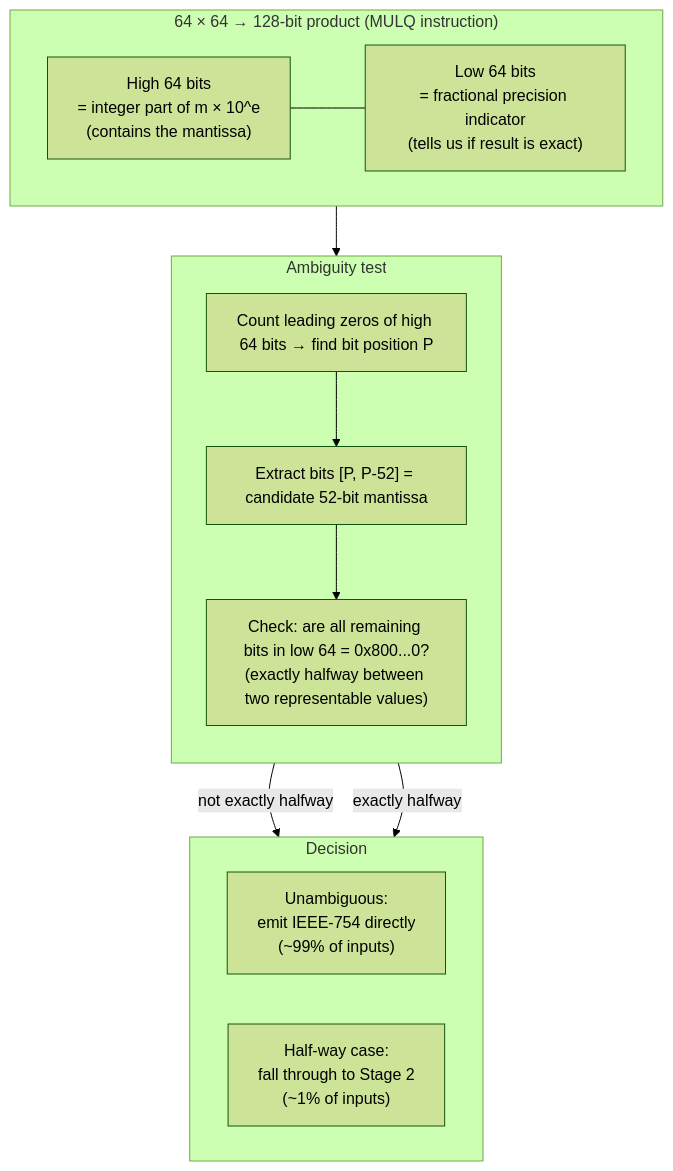
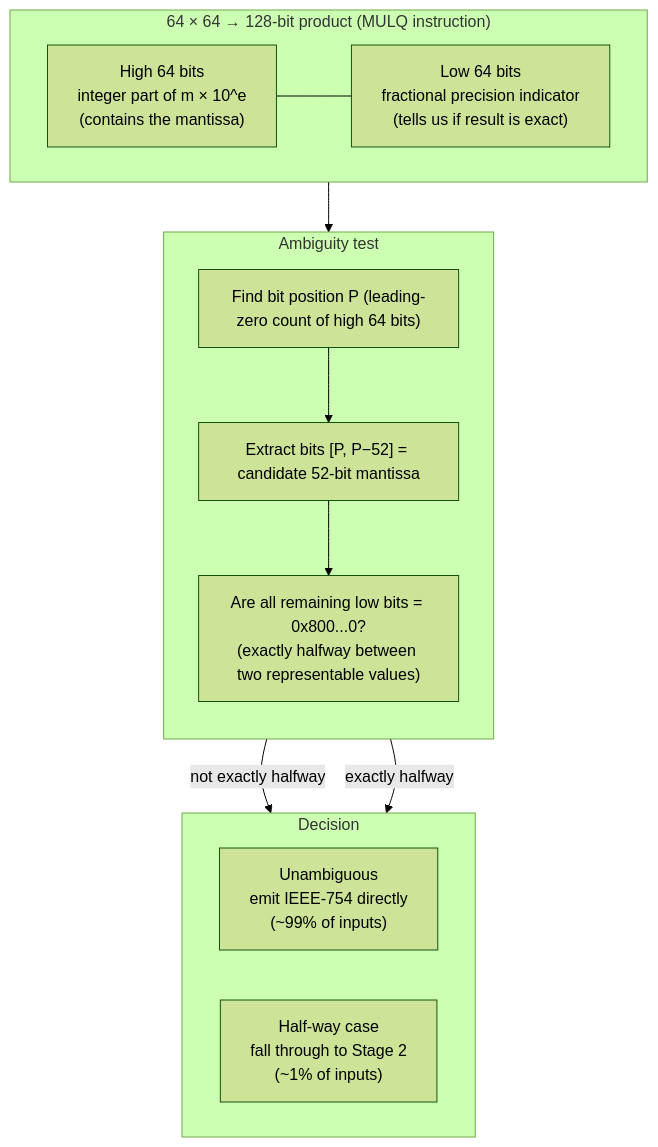
One commit to the-lkb/beast-json changed the fifth of 8 diagrams in docs/theory/russ-cox.md. Above: the diagram before and after it, drawn with Mermaid (forest theme). The commit also changed other lines of this file and 4 other files, not shown here.

````diff
--- a/docs/theory/russ-cox.md
+++ b/docs/theory/russ-cox.md
@@ -134,27 +128,27 @@
 ```mermaid
 flowchart TB
     subgraph MUL["64 × 64 → 128-bit product (MULQ instruction)"]
         direction LR
-        HI["High 64 bits\n= integer part of m × 10^e\n(contains the mantissa)"]
-        LO["Low 64 bits\n= fractional precision indicator\n(tells us if result is exact)"]
+        HI["High 64 bits<br/>integer part of m × 10^e<br/>(contains the mantissa)"]
+        LO["Low 64 bits<br/>fractional precision indicator<br/>(tells us if result is exact)"]
         HI --- LO
     end
 
     subgraph CHECK["Ambiguity test"]
         direction TB
-        T1["Count leading zeros of high 64 bits → find bit position P"]
-        T2["Extract bits [P, P-52] = candidate 52-bit mantissa"]
-        T3["Check: are all remaining bits in low 64 = 0x800...0?\n(exactly halfway between two representable values)"]
+        T1["Find bit position P (leading-zero count of high 64 bits)"]
+        T2["Extract bits [P, P−52] = candidate 52-bit mantissa"]
+        T3["Are all remaining low bits = 0x800...0?<br/>(exactly halfway between two representable values)"]
         T1 --> T2 --> T3
     end
 
-    subgraph DECISION["Decision"]
+    subgraph DEC["Decision"]
         direction LR
-        YES["Unambiguous:\nemit IEEE-754 directly\n(~99% of inputs)"]
-        NO["Half-way case:\nfall through to Stage 2\n(~1% of inputs)"]
+        YES["Unambiguous<br/>emit IEEE-754 directly<br/>(~99% of inputs)"]
+        NO["Half-way case<br/>fall through to Stage 2<br/>(~1% of inputs)"]
     end
 
     MUL --> CHECK
     T3 -->|"not exactly halfway"| YES
     T3 -->|"exactly halfway"| NO
 ```
````
